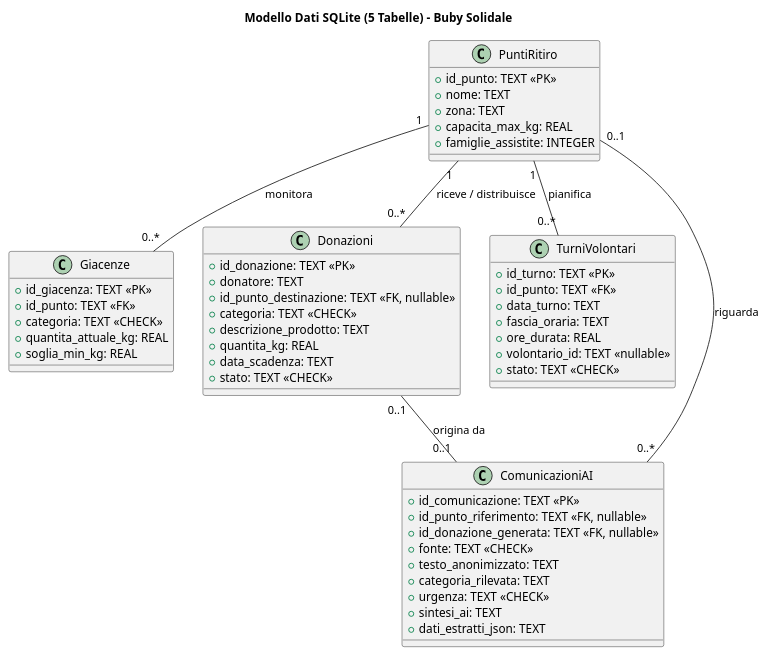
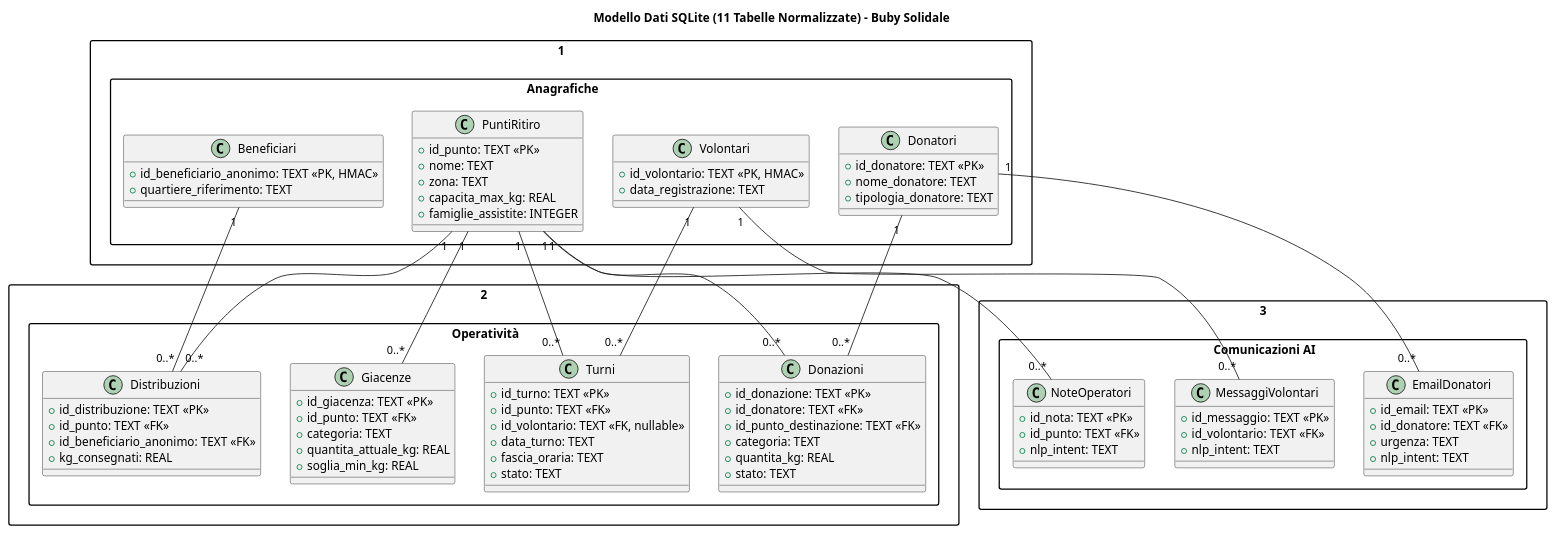
One commit to leonidaqemeqi/Solid7 changed the diagram in docs/modello-dati.puml. Above: the diagram before and after it, drawn with PlantUML. The commit also changed 4 other files, not shown here.

Commit message:
Aggiornato contratto dati e diagramma alla v3

```diff
--- a/docs/modello-dati.puml
+++ b/docs/modello-dati.puml
@@ -1,59 +1,95 @@
-@startuml modello_dati_buby
-title Modello Dati SQLite (5 Tabelle) – Buby Solidale
+@startuml modello_dati_buby_v3
+title Modello Dati SQLite (11 Tabelle Normalizzate) – Buby Solidale
 
-class PuntiRitiro {
-  +id_punto: TEXT <<PK>>
-  +nome: TEXT
-  +zona: TEXT
-  +capacita_max_kg: REAL
-  +famiglie_assistite: INTEGER
+skinparam packageStyle rectangle
+
+package "1. Anagrafiche" {
+  class PuntiRitiro {
+    +id_punto: TEXT <<PK>>
+    +nome: TEXT
+    +zona: TEXT
+    +capacita_max_kg: REAL
+    +famiglie_assistite: INTEGER
+  }
+  class Donatori {
+    +id_donatore: TEXT <<PK>>
+    +nome_donatore: TEXT
+    +tipologia_donatore: TEXT
+  }
+  class Volontari {
+    +id_volontario: TEXT <<PK, HMAC>>
+    +data_registrazione: TEXT
+  }
+  class Beneficiari {
+    +id_beneficiario_anonimo: TEXT <<PK, HMAC>>
+    +quartiere_riferimento: TEXT
+  }
 }
 
-class Giacenze {
-  +id_giacenza: TEXT <<PK>>
-  +id_punto: TEXT <<FK>>
-  +categoria: TEXT <<CHECK>>
-  +quantita_attuale_kg: REAL
-  +soglia_min_kg: REAL
+package "2. Operatività" {
+  class Giacenze {
+    +id_giacenza: TEXT <<PK>>
+    +id_punto: TEXT <<FK>>
+    +categoria: TEXT
+    +quantita_attuale_kg: REAL
+    +soglia_min_kg: REAL
+  }
+  class Donazioni {
+    +id_donazione: TEXT <<PK>>
+    +id_donatore: TEXT <<FK>>
+    +id_punto_destinazione: TEXT <<FK>>
+    +categoria: TEXT
+    +quantita_kg: REAL
+    +stato: TEXT
+  }
+  class Distribuzioni {
+    +id_distribuzione: TEXT <<PK>>
+    +id_punto: TEXT <<FK>>
+    +id_beneficiario_anonimo: TEXT <<FK>>
+    +kg_consegnati: REAL
+  }
+  class Turni {
+    +id_turno: TEXT <<PK>>
+    +id_punto: TEXT <<FK>>
+    +id_volontario: TEXT <<FK, nullable>>
+    +data_turno: TEXT
+    +fascia_oraria: TEXT
+    +stato: TEXT
+  }
 }
 
-class Donazioni {
-  +id_donazione: TEXT <<PK>>
-  +donatore: TEXT
-  +id_punto_destinazione: TEXT <<FK, nullable>>
-  +categoria: TEXT <<CHECK>>
-  +descrizione_prodotto: TEXT
-  +quantita_kg: REAL
-  +data_scadenza: TEXT
-  +stato: TEXT <<CHECK>>
+package "3. Comunicazioni AI" {
+  class EmailDonatori {
+    +id_email: TEXT <<PK>>
+    +id_donatore: TEXT <<FK>>
+    +urgenza: TEXT
+    +nlp_intent: TEXT
+  }
+  class MessaggiVolontari {
+    +id_messaggio: TEXT <<PK>>
+    +id_volontario: TEXT <<FK>>
+    +nlp_intent: TEXT
+  }
+  class NoteOperatori {
+    +id_nota: TEXT <<PK>>
+    +id_punto: TEXT <<FK>>
+    +nlp_intent: TEXT
+  }
 }
 
-class TurniVolontari {
-  +id_turno: TEXT <<PK>>
-  +id_punto: TEXT <<FK>>
-  +data_turno: TEXT
-  +fascia_oraria: TEXT
-  +ore_durata: REAL
-  +volontario_id: TEXT <<nullable>>
-  +stato: TEXT <<CHECK>>
-}
+' Relazioni Anagrafiche -> Operatività
+PuntiRitiro "1" -- "0..*" Giacenze
+PuntiRitiro "1" -- "0..*" Donazioni
+PuntiRitiro "1" -- "0..*" Distribuzioni
+PuntiRitiro "1" -- "0..*" Turni
 
-class ComunicazioniAI {
-  +id_comunicazione: TEXT <<PK>>
-  +id_punto_riferimento: TEXT <<FK, nullable>>
-  +id_donazione_generata: TEXT <<FK, nullable>>
-  +fonte: TEXT <<CHECK>>
-  +testo_anonimizzato: TEXT
-  +categoria_rilevata: TEXT
-  +urgenza: TEXT <<CHECK>>
-  +sintesi_ai: TEXT
-  +dati_estratti_json: TEXT
-}
+Donatori "1" -- "0..*" Donazioni
+Volontari "1" -- "0..*" Turni
+Beneficiari "1" -- "0..*" Distribuzioni
 
-PuntiRitiro "1" -- "0..*" Giacenze : monitora
-PuntiRitiro "1" -- "0..*" Donazioni : riceve / distribuisce
-PuntiRitiro "1" -- "0..*" TurniVolontari : pianifica
-PuntiRitiro "0..1" -- "0..*" ComunicazioniAI : riguarda
-Donazioni "0..1" -- "0..1" ComunicazioniAI : origina da
+' Relazioni Anagrafiche -> Comunicazioni
+Donatori "1" -- "0..*" EmailDonatori
+Volontari "1" -- "0..*" MessaggiVolontari
+PuntiRitiro "1" -- "0..*" NoteOperatori
 
 @enduml
```
